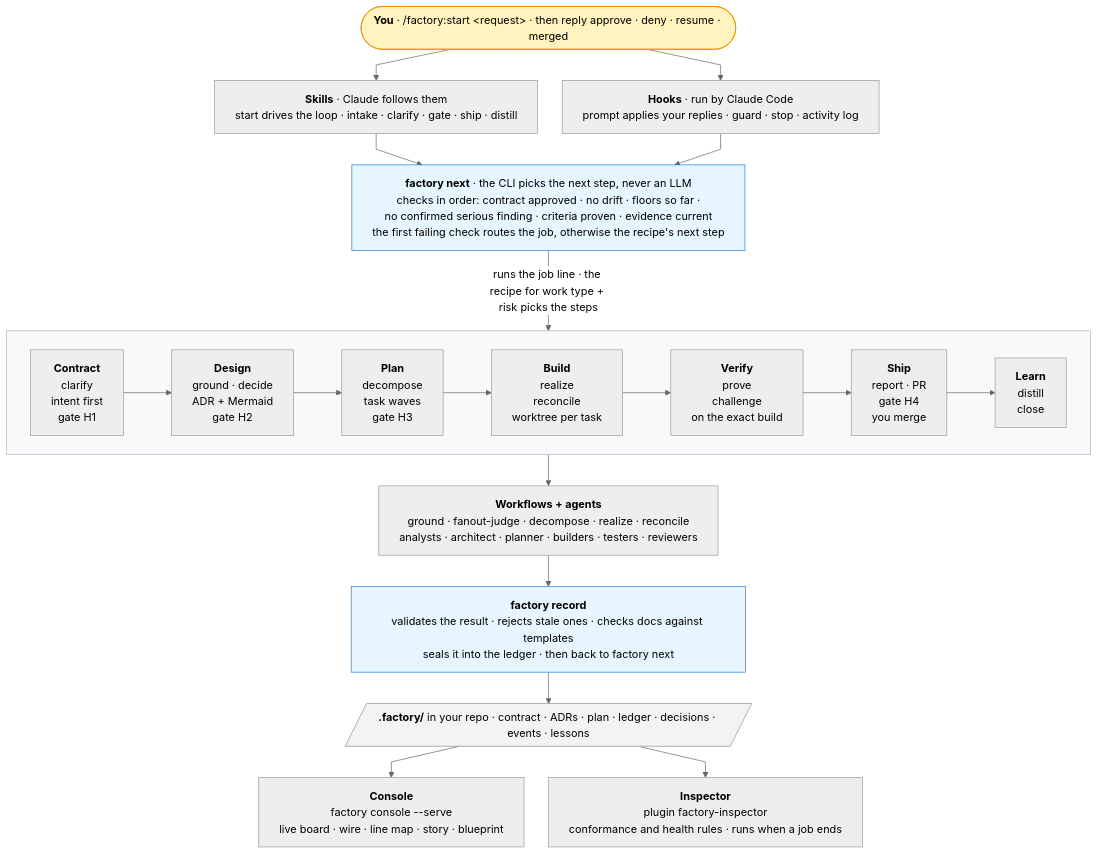
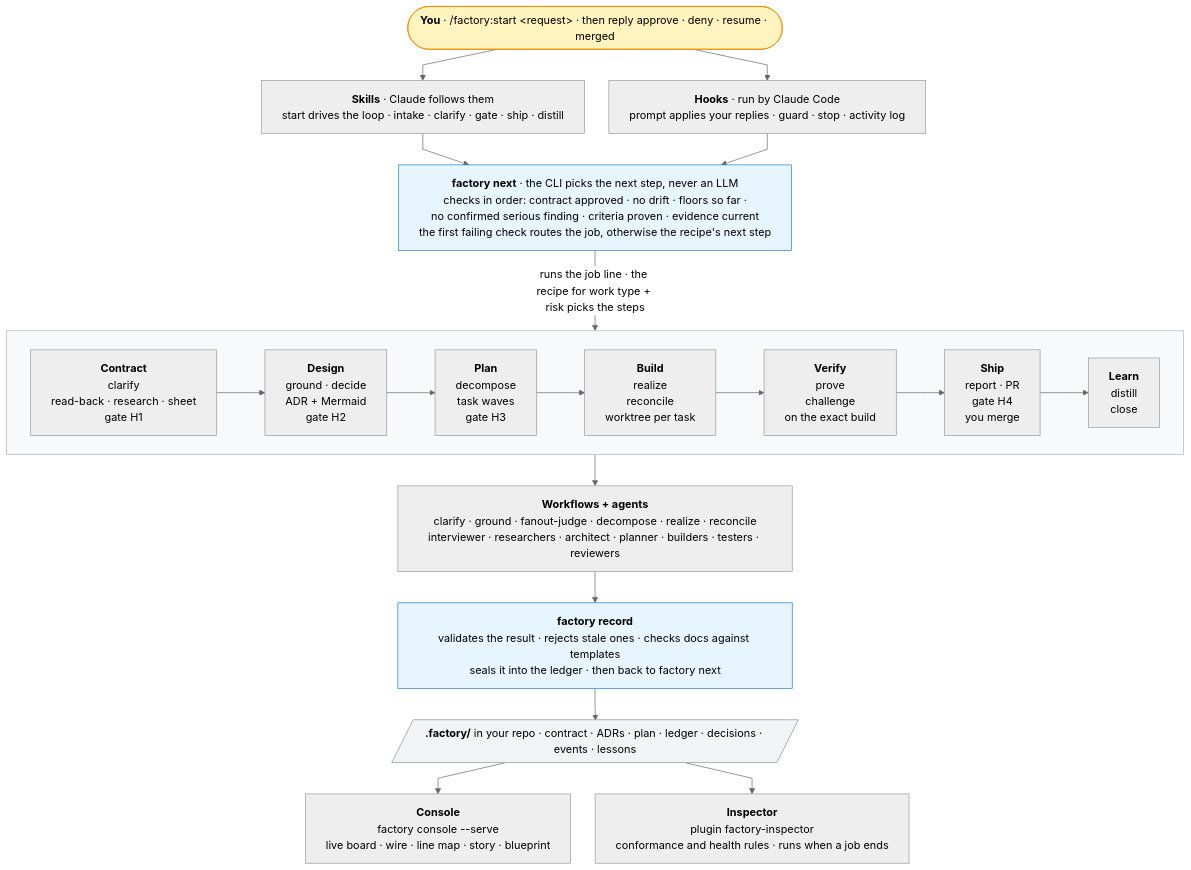
The diagram in README.md (reshif/claude-factory), drawn with Mermaid (neutral theme) before and after one commit. The commit also changed other lines of this file and 9 other files, not shown here.

````diff
--- a/README.md
+++ b/README.md
@@ -14,54 +14,54 @@
 ```mermaid
 ---
 config:
   flowchart:
     curve: linear
     nodeSpacing: 36
     rankSpacing: 46
     wrappingWidth: 520
 ---
 flowchart TB
   you(["<b>You</b> · /factory:start &lt;request&gt; · then reply approve · deny · resume · merged"]):::human
 
   skills["<b>Skills</b> · Claude follows them<br/>start drives the loop · intake · clarify · gate · ship · distill"]
   hooks["<b>Hooks</b> · run by Claude Code<br/>prompt applies your replies · guard · stop · activity log"]
 
   router["<b>factory next</b> · the CLI picks the next step, never an LLM<br/>checks in order: contract approved · no drift · floors so far ·<br/>no confirmed serious finding · criteria proven · evidence current<br/>the first failing check routes the job, otherwise the recipe's next step"]:::cli
 
   subgraph line[" "]
     direction LR
-    s1["<b>Contract</b><br/>clarify<br/>intent first<br/>gate H1"]
+    s1["<b>Contract</b><br/>clarify<br/>read-back · research · sheet<br/>gate H1"]
     s2["<b>Design</b><br/>ground · decide<br/>ADR + Mermaid<br/>gate H2"]
     s3["<b>Plan</b><br/>decompose<br/>task waves<br/>gate H3"]
     s4["<b>Build</b><br/>realize<br/>reconcile<br/>worktree per task"]
     s5["<b>Verify</b><br/>prove<br/>challenge<br/>on the exact build"]
     s6["<b>Ship</b><br/>report · PR<br/>gate H4<br/>you merge"]
     s7["<b>Learn</b><br/>distill<br/>close"]
     s1 --> s2 --> s3 --> s4 --> s5 --> s6 --> s7
   end
 
-  agents["<b>Workflows + agents</b><br/>ground · fanout-judge · decompose · realize · reconcile<br/>analysts · architect · planner · builders · testers · reviewers"]
+  agents["<b>Workflows + agents</b><br/>clarify · ground · fanout-judge · decompose · realize · reconcile<br/>interviewer · researchers · architect · planner · builders · testers · reviewers"]
 
   record["<b>factory record</b><br/>validates the result · rejects stale ones · checks docs against templates<br/>seals it into the ledger · then back to factory next"]:::cli
 
   store[/"<b>.factory/</b> in your repo · contract · ADRs · plan · ledger · decisions · events · lessons"/]:::art
 
   console["<b>Console</b><br/>factory console --serve<br/>live board · wire · line map · story · blueprint"]
   inspector["<b>Inspector</b><br/>plugin factory-inspector<br/>conformance and health rules · runs when a job ends"]
 
   you --> skills
   you --> hooks
   skills --> router
   hooks --> router
   router -->|"runs the job line · the recipe for work type + risk picks the steps"| line
   line --> agents
   agents --> record
   record --> store
   store --> console
   store --> inspector
 
   classDef human fill:#fff3bf,stroke:#f08c00,color:#000
   classDef cli fill:#e7f5ff,stroke:#1c7ed6,color:#000
   classDef art fill:#f1f3f5,stroke:#868e96,color:#000
   style line fill:#f8f9fa,stroke:#adb5bd
 ```
````
